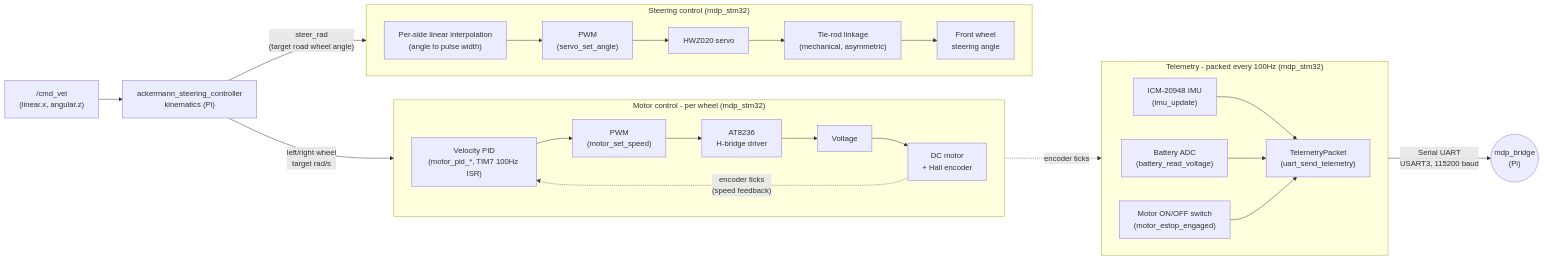
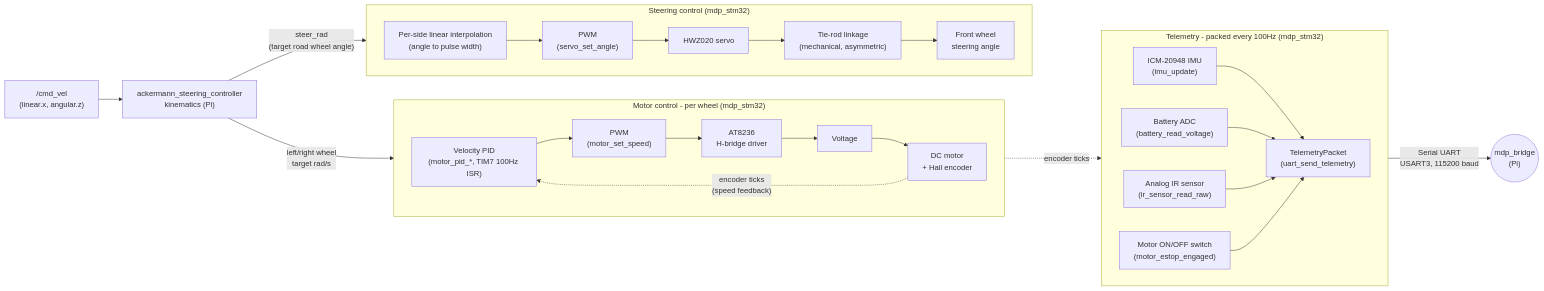
The second of 2 diagrams in docs/stm32/index.md (Alvin0523/mdp), drawn with Mermaid before and after one commit. The commit also changed other lines of this file and 2 other files, not shown here.

````diff
--- a/docs/stm32/index.md
+++ b/docs/stm32/index.md
@@ -102,35 +102,36 @@
 ```mermaid
 flowchart LR
     CMD["/cmd_vel<br/>(linear.x, angular.z)"] --> KIN["ackermann_steering_controller<br/>kinematics (Pi)"]
 
     KIN -->|"left/right wheel<br/>target rad/s"| MPID
     KIN -->|"steer_rad<br/>(target road wheel angle)"| SMAP
 
     subgraph MOTOR["Motor control - per wheel (mdp_stm32)"]
         direction LR
         MPID["Velocity PID<br/>(motor_pid_*, TIM7 100Hz ISR)"] --> MPWM["PWM<br/>(motor_set_speed)"]
         MPWM --> MDRV["AT8236<br/>H-bridge driver"]
         MDRV --> MVOLT["Voltage"]
         MVOLT --> MMOTOR["DC motor<br/>+ Hall encoder"]
         MMOTOR -.->|"encoder ticks<br/>(speed feedback)"| MPID
     end
 
     subgraph SERVO["Steering control (mdp_stm32)"]
         direction LR
         SMAP["Per-side linear interpolation<br/>(angle to pulse width)"] --> SPWM["PWM<br/>(servo_set_angle)"]
         SPWM --> SHW["HWZ020 servo"]
         SHW --> SLINK["Tie-rod linkage<br/>(mechanical, asymmetric)"]
         SLINK --> SANGLE["Front wheel<br/>steering angle"]
     end
 
     subgraph TELEM["Telemetry - packed every 100Hz (mdp_stm32)"]
         direction LR
         IMUSENS["ICM-20948 IMU<br/>(imu_update)"] --> TPKT
         BATT["Battery ADC<br/>(battery_read_voltage)"] --> TPKT
+        IRSENS["Analog IR sensor<br/>(ir_sensor_read_raw)"] --> TPKT
         SW["Motor ON/OFF switch<br/>(motor_estop_engaged)"] --> TPKT
         TPKT["TelemetryPacket<br/>(uart_send_telemetry)"]
     end
 
     MMOTOR -.->|"encoder ticks"| TPKT
     TPKT -->|"Serial UART<br/>USART3, 115200 baud"| HOST(("mdp_bridge<br/>(Pi)"))
 ```
````
